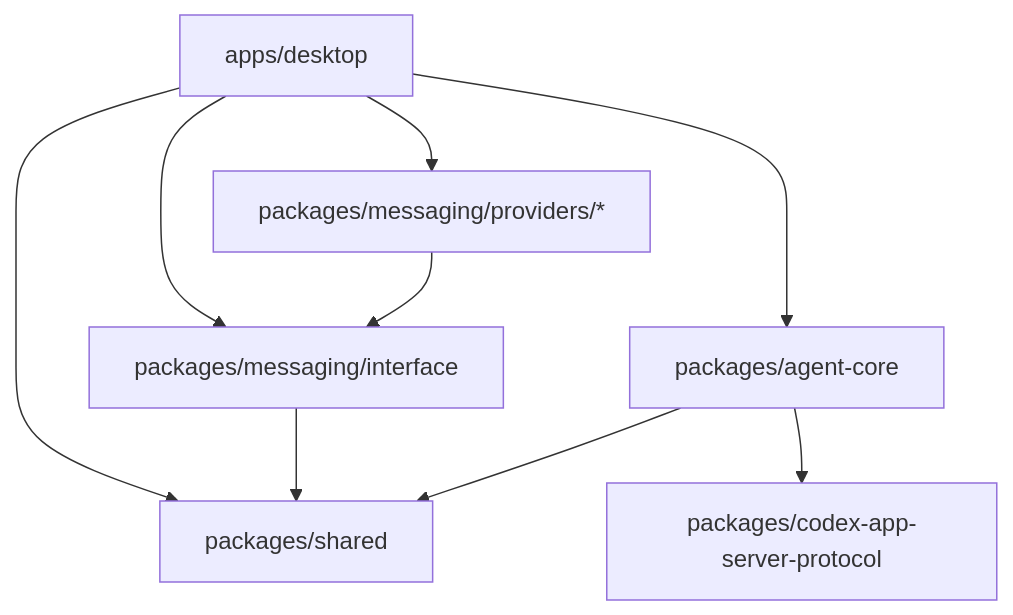
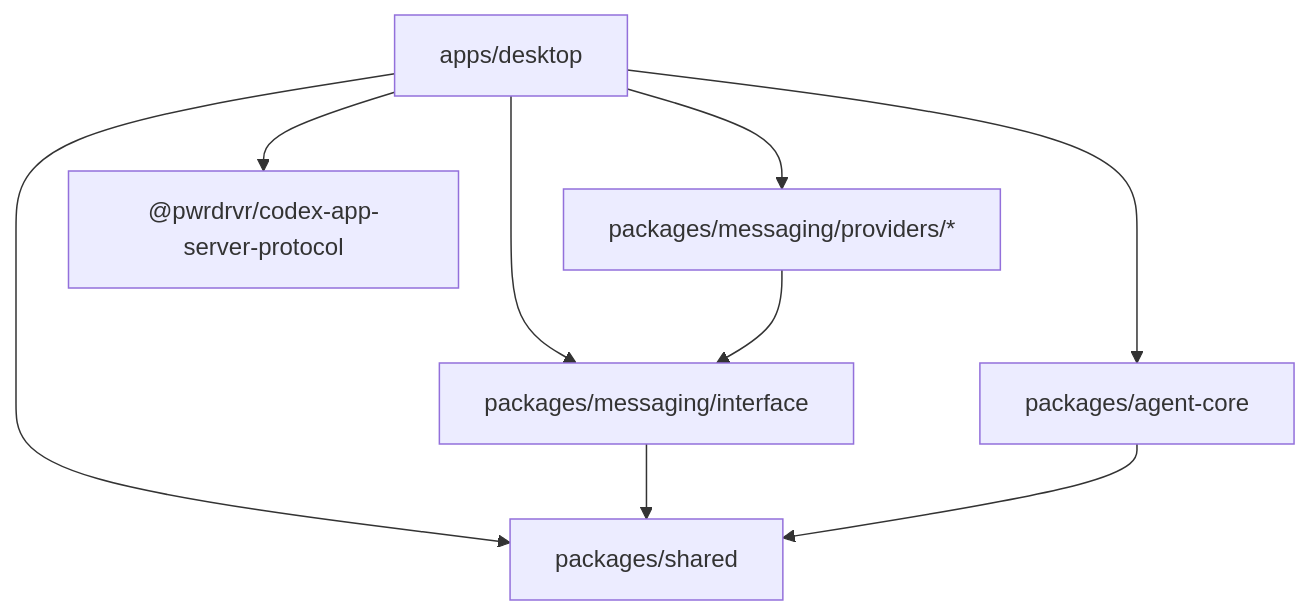
Before and after one commit to pwrdrvr/PwrAgent: the sixth of 6 diagrams in ARCHITECTURE.md, drawn with Mermaid. The commit also changed other lines of this file and 603 other files, not shown here.

Commit message:
chore(desktop): use published Codex app server protocol (#638)

````diff
--- a/ARCHITECTURE.md
+++ b/ARCHITECTURE.md
@@ -189,18 +189,17 @@
 ```mermaid
 graph TB
     DesktopApp["apps/desktop"]
     AgentCore["packages/agent-core"]
     MsgProviders["packages/messaging/providers/*"]
     MsgInterface["packages/messaging/interface"]
     Shared["packages/shared"]
-    CodexProto["packages/codex-app-server-protocol"]
 
     DesktopApp --> AgentCore
     DesktopApp --> MsgProviders
     DesktopApp --> MsgInterface
     DesktopApp --> Shared
+    DesktopApp --> CodexProto["@pwrdrvr/codex-app-server-protocol"]
     MsgProviders --> MsgInterface
     MsgInterface --> Shared
     AgentCore --> Shared
-    AgentCore --> CodexProto
 ```
````
